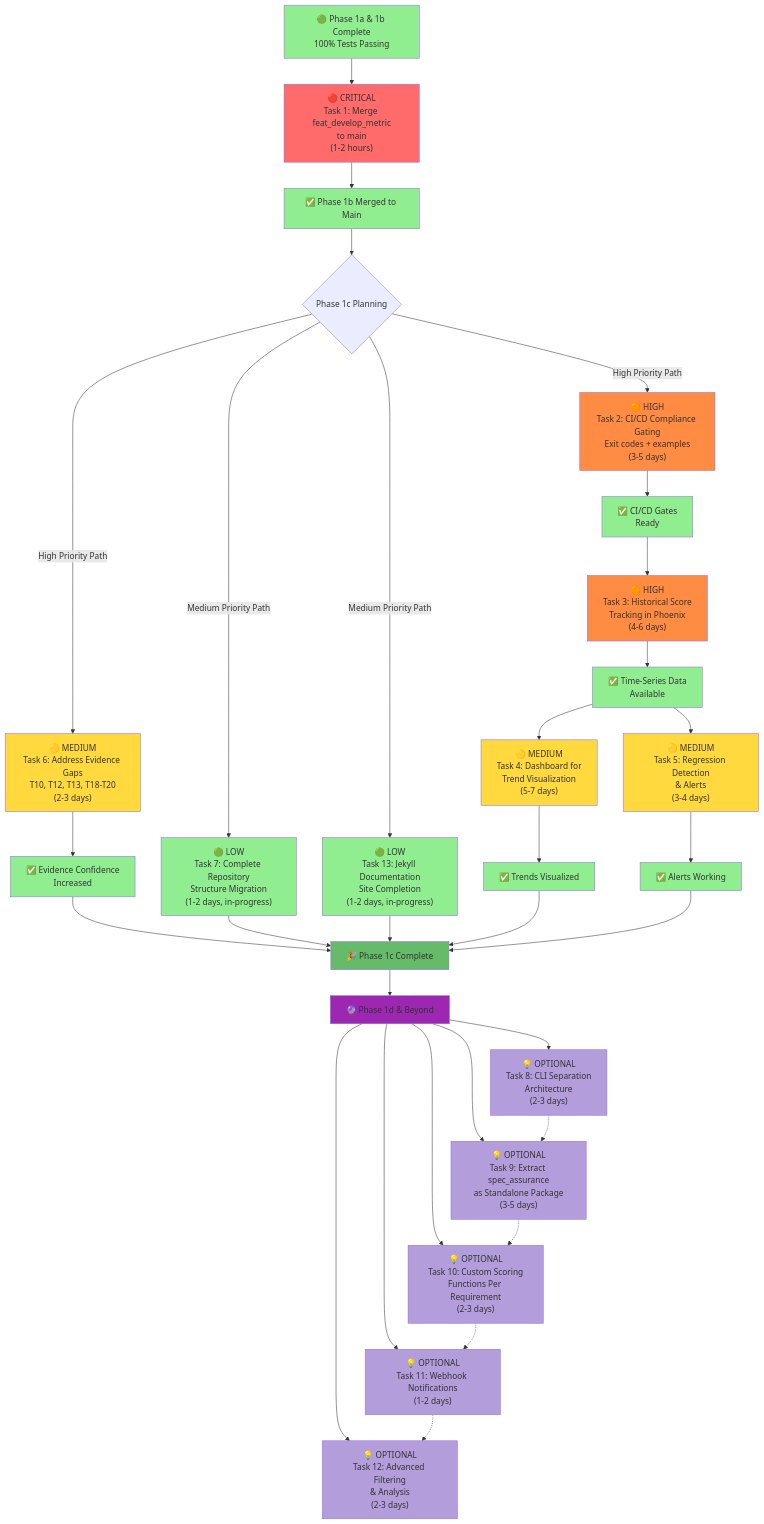
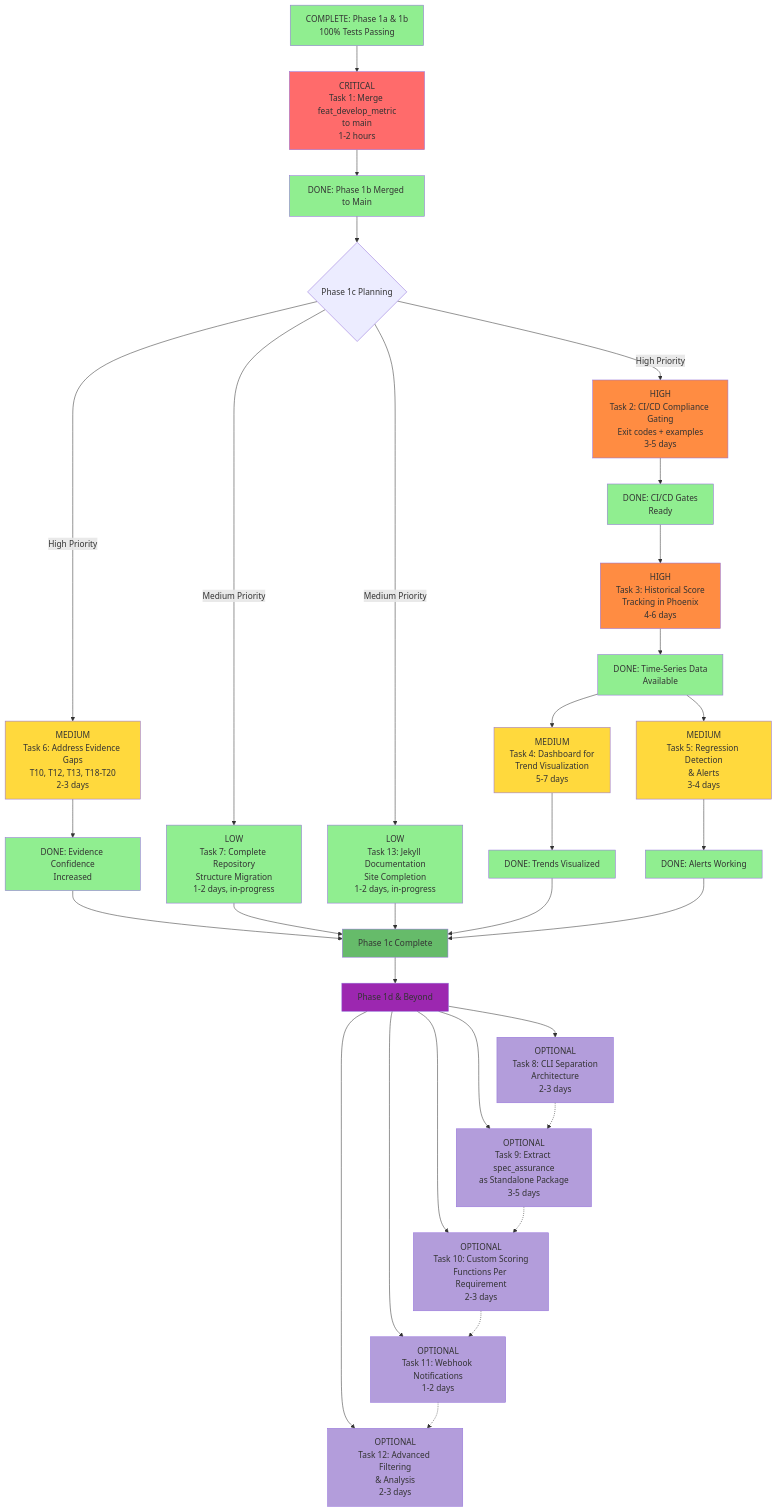
One commit to CuriousPhysicist/evaluating-ai-agents-project-deeplearning-course changed the first of 4 diagrams in docs/progress/PHASE_1c_DEPENDENCY_DIAGRAM.md. Above: the diagram before and after it, drawn with Mermaid. The commit also changed 1 other file, not shown here.

Commit message:
fix: Enable Mermaid diagram rendering and improve diagram compatibility
Configuration changes:
✅ docs/_config.yml - Add mermaid configuration
   - Enable Mermaid version 10 for diagram rendering
   - Just-the-docs theme now supports Mermaid diagrams

Diagram improvements:
✅ docs/progress/PHASE_1c_DEPENDENCY_DIAGRAM.md
   - Remove emoji characters that may cause rendering issues
   - Simplify priority labels (CRITICAL, HIGH, MEDIUM, LOW, OPTIONAL)
   - Improve text compatibility for all Jekyll rendering engines
   - Replace '🟢', '🔴', '🟡', '🟠', '✅', '🎉', '🔮', '💡' with text
   - Maintain all styling and color-coding for visual clarity
   - Keep all functional content and diagram structure intact

These changes ensure:
- Mermaid diagrams render properly on GitHub Pages
- Maximum compatibility across different rendering engines
- No dependency on emoji support in Jekyll/theme
- Clean, professional appearance

````diff
--- a/docs/progress/PHASE_1c_DEPENDENCY_DIAGRAM.md
+++ b/docs/progress/PHASE_1c_DEPENDENCY_DIAGRAM.md
@@ -17,78 +17,78 @@
 ```mermaid
 graph TD
-    START["🟢 Phase 1a & 1b Complete<br/>100% Tests Passing"] --> MERGE["🔴 CRITICAL<br/>Task 1: Merge feat_develop_metric<br/>to main<br/>(1-2 hours)"]
+    START["COMPLETE: Phase 1a & 1b<br/>100% Tests Passing"] --> MERGE["CRITICAL<br/>Task 1: Merge feat_develop_metric<br/>to main<br/>1-2 hours"]
     
-    MERGE --> MERGED["✅ Phase 1b Merged to Main"]
+    MERGE --> MERGED["DONE: Phase 1b Merged to Main"]
     
     MERGED --> SPLIT{Phase 1c Planning}
     
-    SPLIT -->|High Priority Path| QA["🟡 MEDIUM<br/>Task 6: Address Evidence Gaps<br/>T10, T12, T13, T18-T20<br/>(2-3 days)"]
+    SPLIT -->|High Priority| QA["MEDIUM<br/>Task 6: Address Evidence Gaps<br/>T10, T12, T13, T18-T20<br/>2-3 days"]
     
-    SPLIT -->|High Priority Path| CICD["🟠 HIGH<br/>Task 2: CI/CD Compliance Gating<br/>Exit codes + examples<br/>(3-5 days)"]
+    SPLIT -->|High Priority| CICD["HIGH<br/>Task 2: CI/CD Compliance Gating<br/>Exit codes + examples<br/>3-5 days"]
     
-    SPLIT -->|Medium Priority Path| REPO["🟢 LOW<br/>Task 7: Complete Repository<br/>Structure Migration<br/>(1-2 days, in-progress)"]
+    SPLIT -->|Medium Priority| REPO["LOW<br/>Task 7: Complete Repository<br/>Structure Migration<br/>1-2 days, in-progress"]
     
-    SPLIT -->|Medium Priority Path| JEKYLL["🟢 LOW<br/>Task 13: Jekyll Documentation<br/>Site Completion<br/>(1-2 days, in-progress)"]
+    SPLIT -->|Medium Priority| JEKYLL["LOW<br/>Task 13: Jekyll Documentation<br/>Site Completion<br/>1-2 days, in-progress"]
     
-    QA --> QA_DONE["✅ Evidence Confidence<br/>Increased"]
+    QA --> QA_DONE["DONE: Evidence Confidence<br/>Increased"]
     
-    CICD --> CICD_DONE["✅ CI/CD Gates<br/>Ready"]
+    CICD --> CICD_DONE["DONE: CI/CD Gates<br/>Ready"]
     
-    CICD_DONE --> HIST["🟠 HIGH<br/>Task 3: Historical Score<br/>Tracking in Phoenix<br/>(4-6 days)"]
+    CICD_DONE --> HIST["HIGH<br/>Task 3: Historical Score<br/>Tracking in Phoenix<br/>4-6 days"]
     
-    HIST --> HIST_DONE["✅ Time-Series Data<br/>Available"]
+    HIST --> HIST_DONE["DONE: Time-Series Data<br/>Available"]
     
-    HIST_DONE --> DASHBOARD["🟡 MEDIUM<br/>Task 4: Dashboard for<br/>Trend Visualization<br/>(5-7 days)"]
+    HIST_DONE --> DASHBOARD["MEDIUM<br/>Task 4: Dashboard for<br/>Trend Visualization<br/>5-7 days"]
     
-    HIST_DONE --> REGRESSION["🟡 MEDIUM<br/>Task 5: Regression Detection<br/>& Alerts<br/>(3-4 days)"]
+    HIST_DONE --> REGRESSION["MEDIUM<br/>Task 5: Regression Detection<br/>& Alerts<br/>3-4 days"]
     
-    DASHBOARD --> DASHBOARD_DONE["✅ Trends Visualized"]
+    DASHBOARD --> DASHBOARD_DONE["DONE: Trends Visualized"]
     
-    REGRESSION --> REGRESSION_DONE["✅ Alerts Working"]
+    REGRESSION --> REGRESSION_DONE["DONE: Alerts Working"]
     
-    QA_DONE --> PHASE1C_DONE["🎉 Phase 1c Complete"]
+    QA_DONE --> PHASE1C_DONE["Phase 1c Complete"]
     REPO --> PHASE1C_DONE
     JEKYLL --> PHASE1C_DONE
     DASHBOARD_DONE --> PHASE1C_DONE
     REGRESSION_DONE --> PHASE1C_DONE
     
-    PHASE1C_DONE --> PHASE2["🔮 Phase 1d & Beyond"]
+    PHASE1C_DONE --> PHASE2["Phase 1d & Beyond"]
     
-    PHASE2 --> CLI["💡 OPTIONAL<br/>Task 8: CLI Separation<br/>Architecture<br/>(2-3 days)"]
+    PHASE2 --> CLI["OPTIONAL<br/>Task 8: CLI Separation<br/>Architecture<br/>2-3 days"]
     
-    PHASE2 --> EXTRACT["💡 OPTIONAL<br/>Task 9: Extract spec_assurance<br/>as Standalone Package<br/>(3-5 days)"]
+    PHASE2 --> EXTRACT["OPTIONAL<br/>Task 9: Extract spec_assurance<br/>as Standalone Package<br/>3-5 days"]
     
-    PHASE2 --> CUSTOM["💡 OPTIONAL<br/>Task 10: Custom Scoring<br/>Functions Per Requirement<br/>(2-3 days)"]
+    PHASE2 --> CUSTOM["OPTIONAL<br/>Task 10: Custom Scoring<br/>Functions Per Requirement<br/>2-3 days"]
     
-    PHASE2 --> WEBHOOK["💡 OPTIONAL<br/>Task 11: Webhook Notifications<br/>(1-2 days)"]
+    PHASE2 --> WEBHOOK["OPTIONAL<br/>Task 11: Webhook Notifications<br/>1-2 days"]
     
-    PHASE2 --> ANALYSIS["💡 OPTIONAL<br/>Task 12: Advanced Filtering<br/>& Analysis<br/>(2-3 days)"]
+    PHASE2 --> ANALYSIS["OPTIONAL<br/>Task 12: Advanced Filtering<br/>& Analysis<br/>2-3 days"]
     
     CLI -.-> EXTRACT
     EXTRACT -.-> CUSTOM
     CUSTOM -.-> WEBHOOK
     WEBHOOK -.-> ANALYSIS
     
     style START fill:#90EE90
     style MERGE fill:#FF6B6B
     style MERGED fill:#90EE90
     style QA fill:#FFD93D
     style CICD fill:#FF8C42
     style REPO fill:#90EE90
     style JEKYLL fill:#90EE90
     style HIST fill:#FF8C42
     style DASHBOARD fill:#FFD93D
     style REGRESSION fill:#FFD93D
     style PHASE1C_DONE fill:#66BB6A
     style PHASE2 fill:#9C27B0
     style CLI fill:#B39DDB
     style EXTRACT fill:#B39DDB
     style CUSTOM fill:#B39DDB
     style WEBHOOK fill:#B39DDB
     style ANALYSIS fill:#B39DDB
     style QA_DONE fill:#90EE90
     style CICD_DONE fill:#90EE90
     style HIST_DONE fill:#90EE90
     style DASHBOARD_DONE fill:#90EE90
     style REGRESSION_DONE fill:#90EE90
 ```
````
